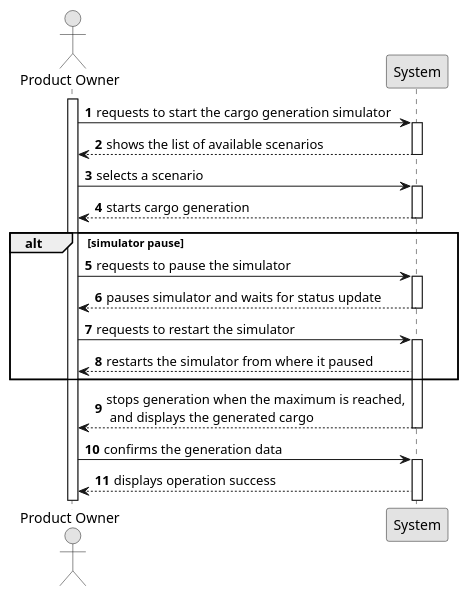
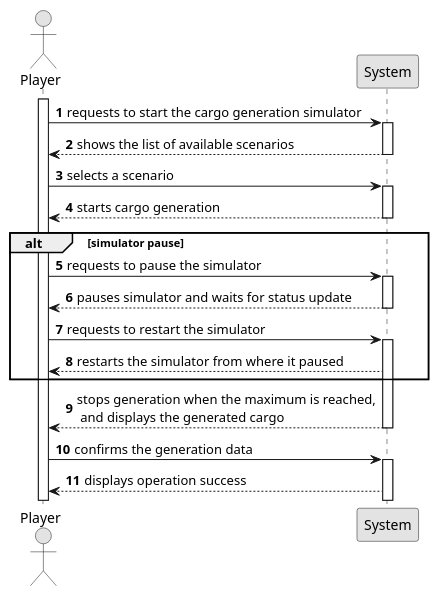
Before and after one commit to 1240935/pi2-railway-simulator: the diagram in Sprint2/US012/01.requirements-engineering/puml/US012-SSD.puml, drawn with PlantUML. The commit also changed 12 other files, not shown here.

```diff
--- a/Sprint2/US012/01.requirements-engineering/puml/US012-SSD.puml
+++ b/Sprint2/US012/01.requirements-engineering/puml/US012-SSD.puml
@@ -1,50 +1,50 @@
 @startuml
 skinparam monochrome true
 skinparam packageStyle rectangle
 skinparam shadowing false
 
 autonumber
 
-actor "Product Owner" as Employee
+actor "Player" as Employee
 participant "System" as System
 
 activate Employee
 
     Employee -> System : requests to start the cargo generation simulator
     activate System
 
     System --> Employee : shows the list of available scenarios
     deactivate System
 
     Employee -> System : selects a scenario
     activate System
 
     System --> Employee : starts cargo generation
     deactivate System
 
     alt simulator pause
 
     Employee -> System : requests to pause the simulator
     activate System
 
     System --> Employee : pauses simulator and waits for status update
     deactivate System
 
     Employee -> System : requests to restart the simulator
     activate System
 
     System --> Employee : restarts the simulator from where it paused
 
     end alt
 
     System --> Employee: stops generation when the maximum is reached,\n and displays the generated cargo
     deactivate System
 
     Employee -> System: confirms the generation data
     activate System
 
     System --> Employee: displays operation success
 
 
 
 @enduml
```
